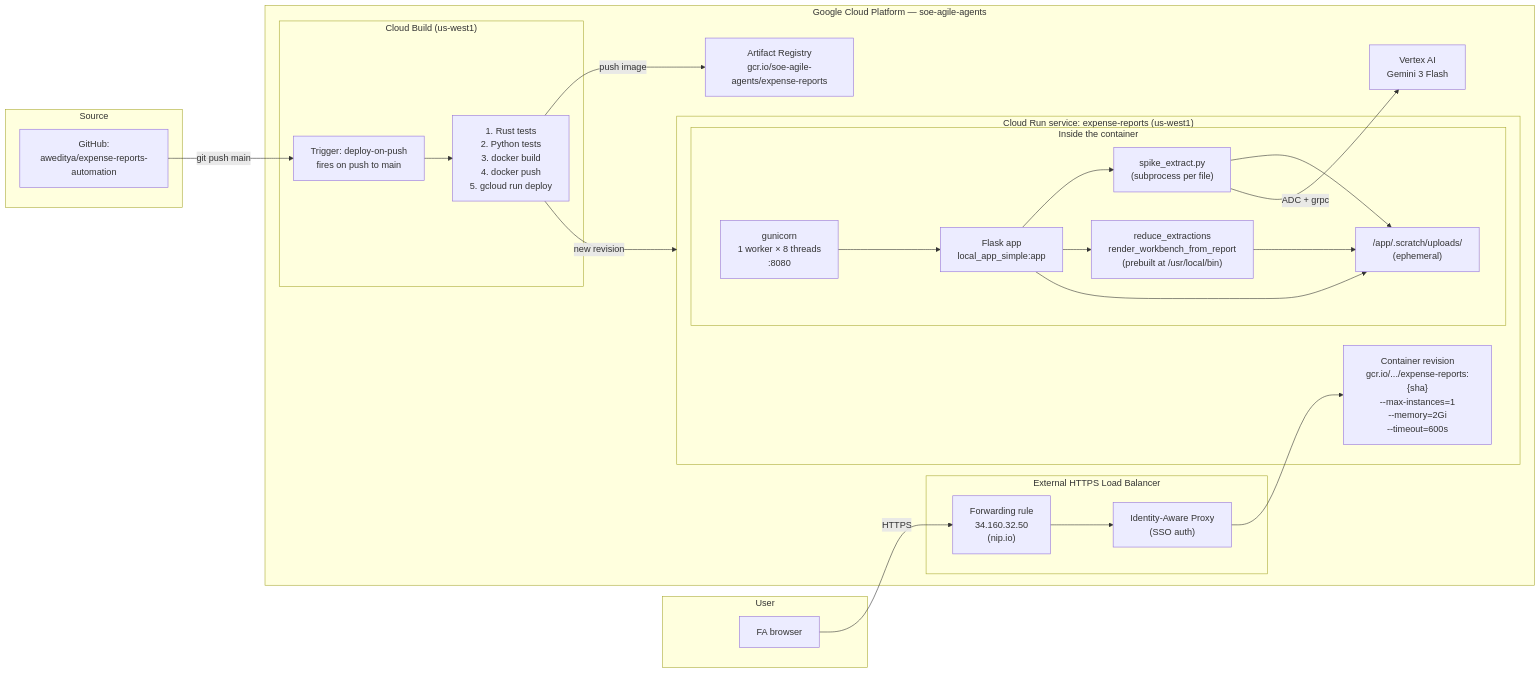
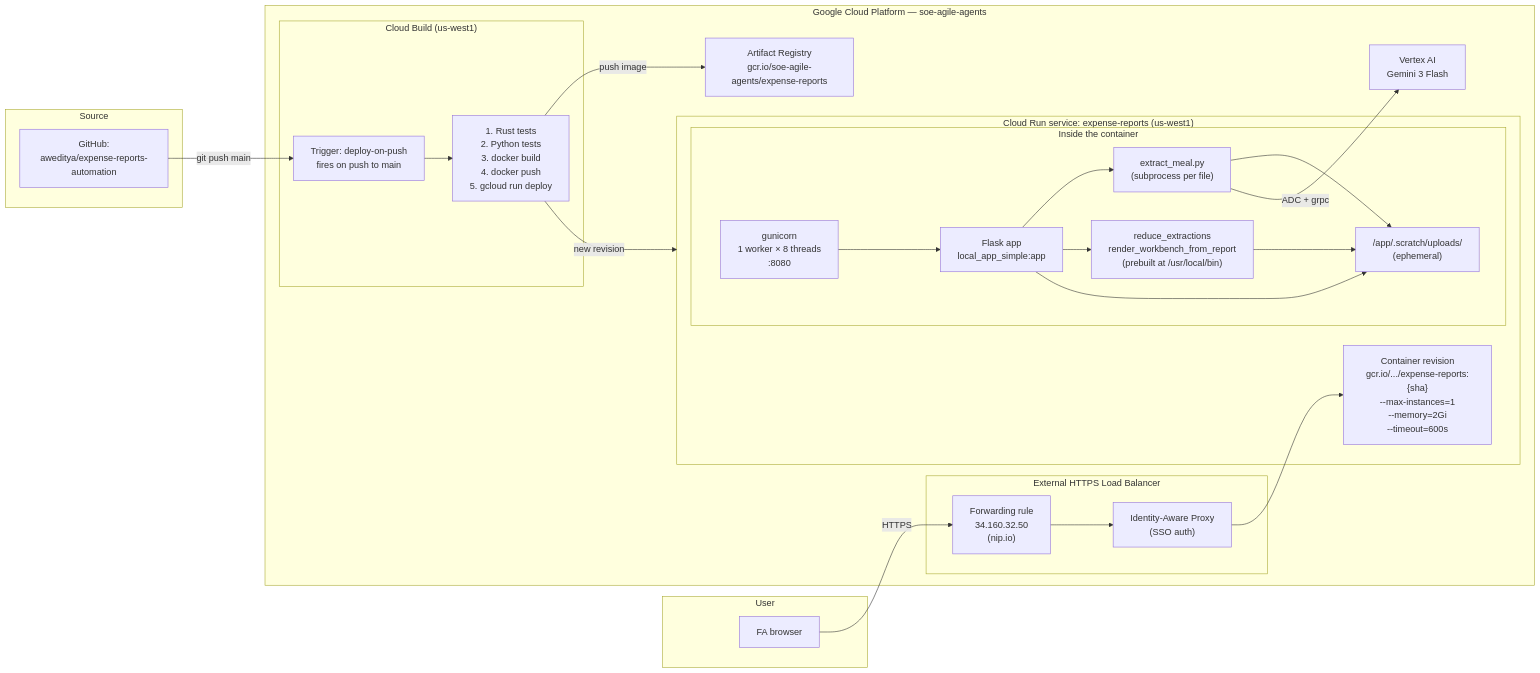
One commit to aweditya/expense-reports-automation changed the fourth of 5 diagrams in docs/SPEC.md. Above: the diagram before and after it, drawn with Mermaid. The commit also changed other lines of this file and 10 other files, not shown here.

````diff
--- a/docs/SPEC.md
+++ b/docs/SPEC.md
@@ -195,52 +195,52 @@
 ```mermaid
 graph LR
     subgraph User["User"]
         Browser["FA browser"]
     end
 
     subgraph GCP["Google Cloud Platform — soe-agile-agents"]
         subgraph LB["External HTTPS Load Balancer"]
             LBFR["Forwarding rule<br/>34.160.32.50<br/>(nip.io)"]
             IAP["Identity-Aware Proxy<br/>(SSO auth)"]
         end
 
         subgraph CR["Cloud Run service: expense-reports (us-west1)"]
             Container["Container revision<br/>gcr.io/.../expense-reports:{sha}<br/>--max-instances=1<br/>--memory=2Gi<br/>--timeout=600s"]
             subgraph Process["Inside the container"]
                 Gunicorn["gunicorn<br/>1 worker × 8 threads<br/>:8080"]
                 Flask2["Flask app<br/>local_app_simple:app"]
-                PyExt["spike_extract.py<br/>(subprocess per file)"]
+                PyExt["extract_meal.py<br/>(subprocess per file)"]
                 RustBin["reduce_extractions<br/>render_workbench_from_report<br/>(prebuilt at /usr/local/bin)"]
                 Scratch["/app/.scratch/uploads/<br/>(ephemeral)"]
             end
         end
 
         Vertex["Vertex AI<br/>Gemini 3 Flash"]
         Registry["Artifact Registry<br/>gcr.io/soe-agile-agents/expense-reports"]
 
         subgraph CB["Cloud Build (us-west1)"]
             Trigger["Trigger: deploy-on-push<br/>fires on push to main"]
             BuildSteps["1. Rust tests<br/>2. Python tests<br/>3. docker build<br/>4. docker push<br/>5. gcloud run deploy"]
         end
     end
 
     subgraph Source["Source"]
         GH["GitHub:<br/>aweditya/expense-reports-automation"]
     end
 
     Browser -->|HTTPS| LBFR
     LBFR --> IAP
     IAP --> Container
     Gunicorn --> Flask2
     Flask2 --> PyExt
     Flask2 --> RustBin
     Flask2 --> Scratch
     PyExt --> Scratch
     RustBin --> Scratch
     PyExt -->|ADC + grpc| Vertex
 
     GH -->|git push main| Trigger
     Trigger --> BuildSteps
     BuildSteps -->|push image| Registry
     BuildSteps -->|new revision| CR
 ```
````
